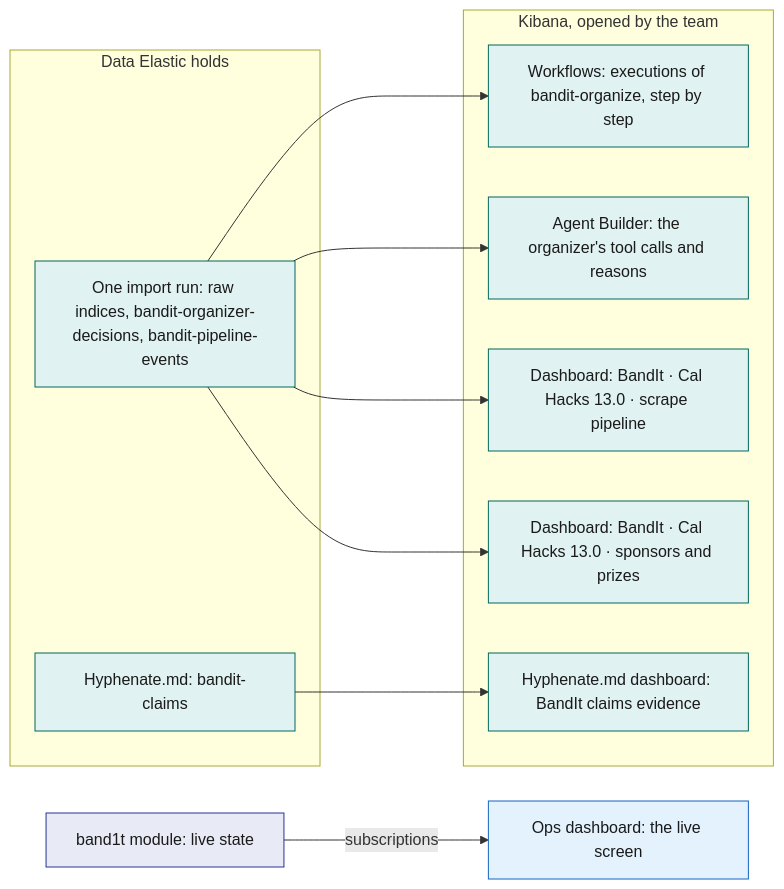
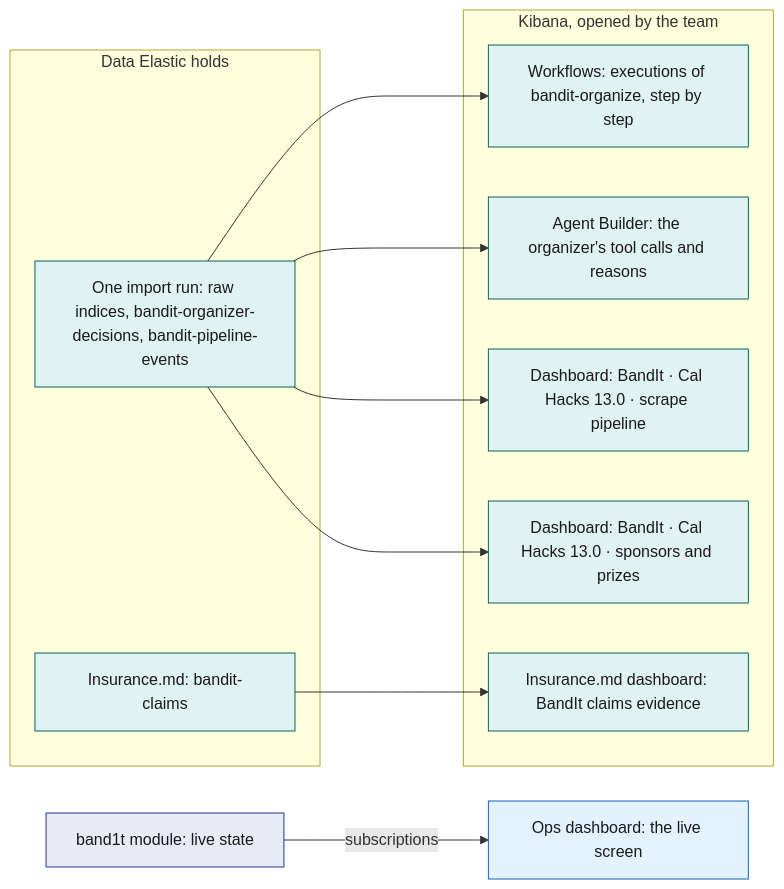
The fifth of 5 diagrams in System Design/7-integrations/Elastic.md (viktorinkov/cal-hacks-13), drawn with Mermaid before and after one commit. The commit also changed other lines of this file and 20 other files, not shown here.

Commit message:
Organizer decides every claim; Hyphenate.md is now Insurance.md

````diff
--- a/System Design/7-integrations/Elastic.md
+++ b/System Design/7-integrations/Elastic.md
@@ -364,26 +364,26 @@
 ```mermaid
 flowchart LR
   subgraph Sources["Data Elastic holds"]
     RUN["One import run: raw indices, bandit-organizer-decisions, bandit-pipeline-events"]
-    CLM["Hyphenate.md: bandit-claims"]
+    CLM["Insurance.md: bandit-claims"]
   end
   subgraph Kibana["Kibana, opened by the team"]
     WFV["Workflows: executions of bandit-organize, step by step"]
     ABV["Agent Builder: the organizer's tool calls and reasons"]
     D1["Dashboard: BandIt · Cal Hacks 13.0 · scrape pipeline"]
     D2["Dashboard: BandIt · Cal Hacks 13.0 · sponsors and prizes"]
-    D5["Hyphenate.md dashboard: BandIt claims evidence"]
+    D5["Insurance.md dashboard: BandIt claims evidence"]
   end
   RUN --> WFV
   RUN --> ABV
   RUN --> D1
   RUN --> D2
   CLM --> D5
   STDB["band1t module: live state"] -->|"subscriptions"| OPS["Ops dashboard: the live screen"]
   classDef ext fill:#E0F2F1,stroke:#00695C,color:#1A1A1A
   classDef stdb fill:#E8EAF6,stroke:#283593,color:#1A1A1A
   classDef web fill:#E3F2FD,stroke:#1565C0,color:#1A1A1A
   class RUN,CLM,WFV,ABV,D1,D2,D5 ext
   class STDB stdb
   class OPS web
 ```
````
